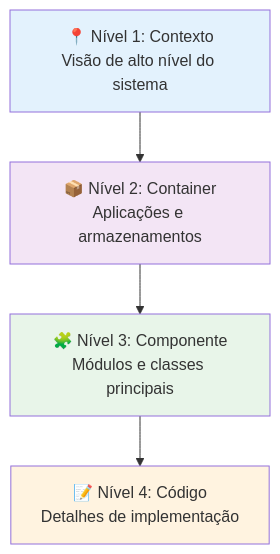
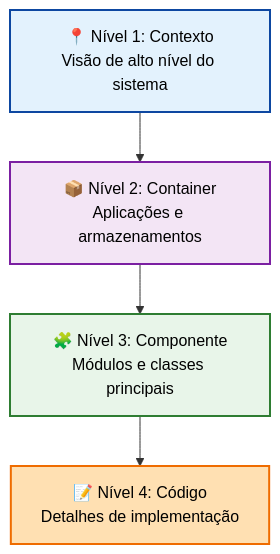
The first of 7 diagrams in docs/02-arquitetura-c4.md (gabrigabs/public-polls-app), drawn with Mermaid before and after one commit. The commit also changed other lines of this file and 3 other files, not shown here.

Commit message:
docs: fix diagram colors for better dark mode visibility (cyan/white high contrast)

````diff
--- a/docs/02-arquitetura-c4.md
+++ b/docs/02-arquitetura-c4.md
@@ -7,14 +7,20 @@
 ```mermaid
 graph TD
     L1["📍 Nível 1: Contexto<br/>Visão de alto nível do sistema"]
     L2["📦 Nível 2: Container<br/>Aplicações e armazenamentos"]
     L3["🧩 Nível 3: Componente<br/>Módulos e classes principais"]
     L4["📝 Nível 4: Código<br/>Detalhes de implementação"]
 
     L1 --> L2 --> L3 --> L4
 
-    style L1 fill:#e3f2fd
-    style L2 fill:#f3e5f5
-    style L3 fill:#e8f5e9
-    style L4 fill:#fff3e0
+    %% Styling
+    classDef l1 fill:#e3f2fd,stroke:#0d47a1,color:#000,stroke-width:2px;
+    classDef l2 fill:#f3e5f5,stroke:#7b1fa2,color:#000,stroke-width:2px;
+    classDef l3 fill:#e8f5e9,stroke:#2e7d32,color:#000,stroke-width:2px;
+    classDef l4 fill:#ffe0b2,stroke:#ef6c00,color:#000,stroke-width:2px;
+
+    class L1 l1;
+    class L2 l2;
+    class L3 l3;
+    class L4 l4;
 ```
````
